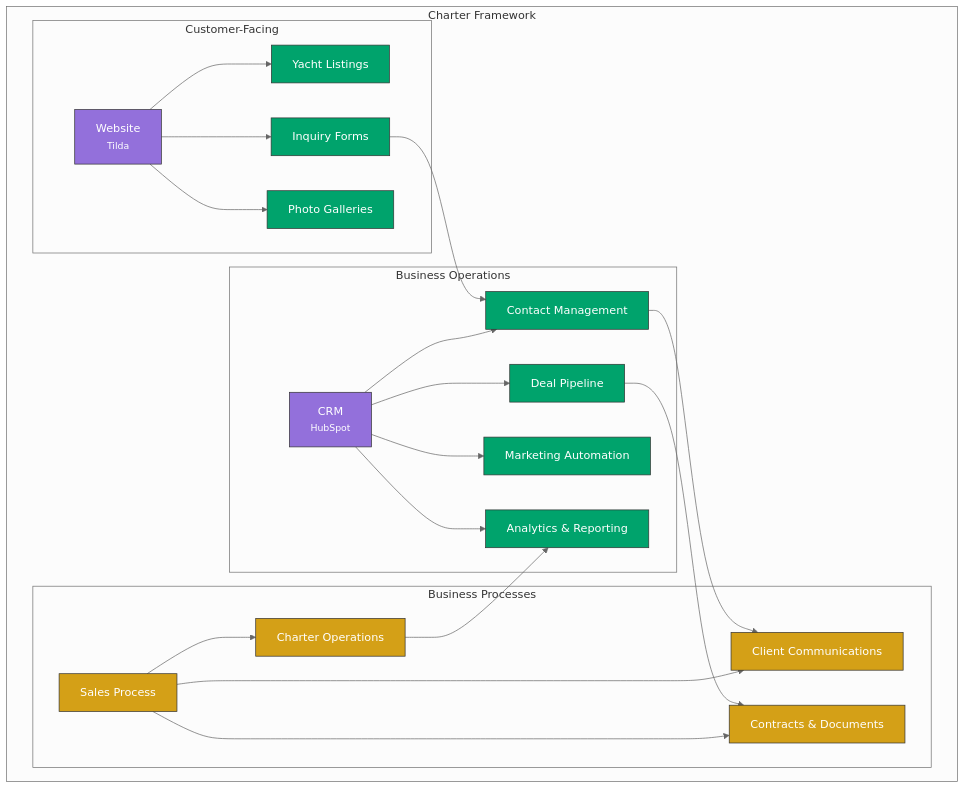
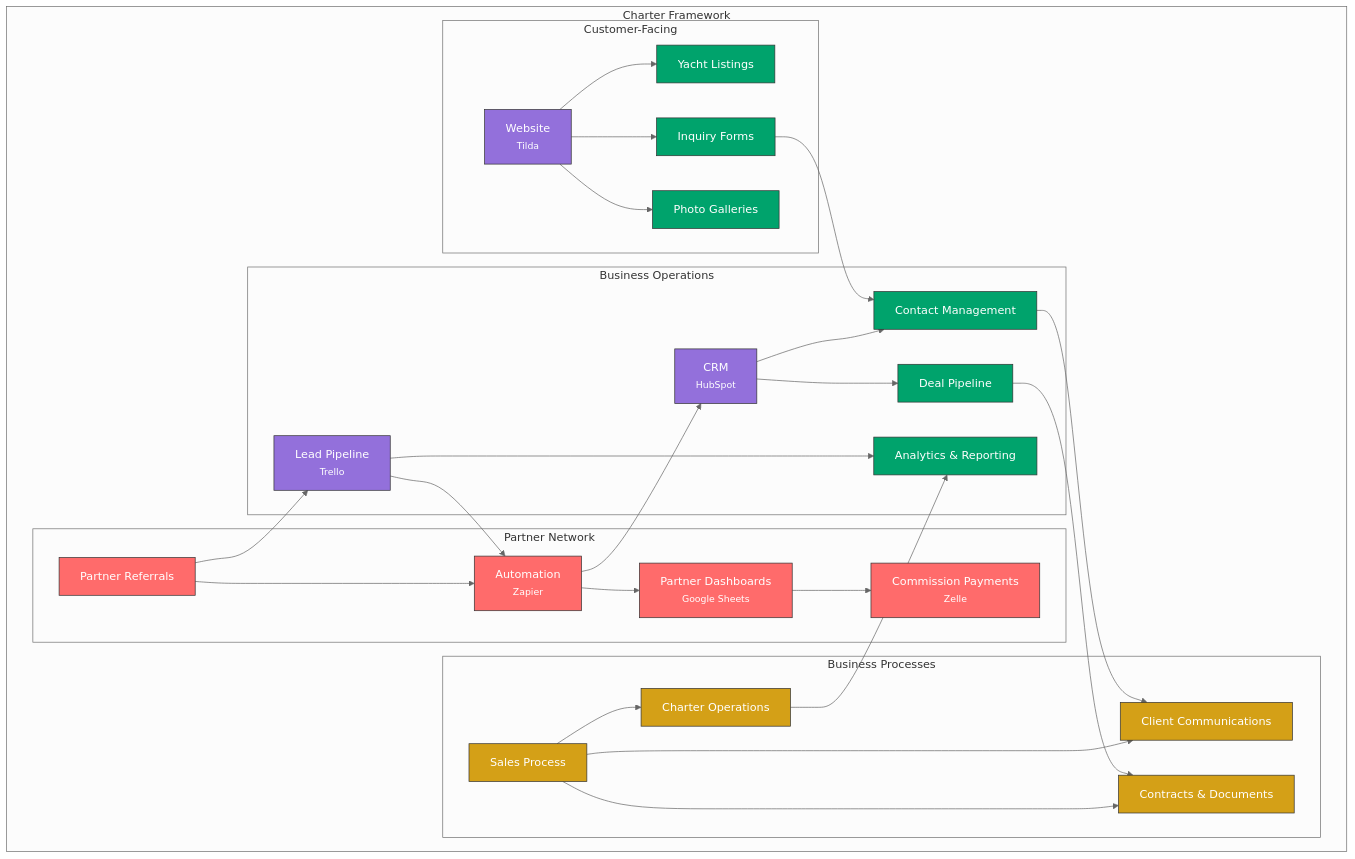
Before and after one commit to szemkoff/azurecharters: the first of 8 diagrams in docs/framework-overview.md, drawn with Mermaid. The commit also changed other lines of this file and 8 other files, not shown here.

````diff
--- a/docs/framework-overview.md
+++ b/docs/framework-overview.md
@@ -15,55 +15,70 @@
 ```mermaid
 %%{init: {'theme': 'neutral'}}%%
 flowchart TB
     subgraph "Charter Framework"
     
         subgraph "Customer-Facing"
             Website["Website<br/><small>Tilda</small>"]
             YachtListings["Yacht Listings"]
             InquiryForms["Inquiry Forms"]
             Galleries["Photo Galleries"]
             
             Website --> YachtListings
             Website --> InquiryForms
             Website --> Galleries
         end
         
+        subgraph "Partner Network"
+            Referrals["Partner Referrals"]
+            PartnerDashboards["Partner Dashboards<br/><small>Google Sheets</small>"]
+            Automation2["Automation<br/><small>Zapier</small>"]
+            Payments["Commission Payments<br/><small>Zelle</small>"]
+            
+            Referrals --> Automation2
+            Automation2 --> PartnerDashboards
+            PartnerDashboards --> Payments
+        end
+        
         subgraph "Business Operations"
             CRM["CRM<br/><small>HubSpot</small>"]
+            LeadPipeline["Lead Pipeline<br/><small>Trello</small>"]
             Contacts["Contact Management"]
             Deals["Deal Pipeline"]
-            Automation["Marketing Automation"]
             Analytics["Analytics & Reporting"]
             
             CRM --> Contacts
             CRM --> Deals
-            CRM --> Automation
-            CRM --> Analytics
+            LeadPipeline --> Automation2
+            LeadPipeline --> Analytics
         end
         
         subgraph "Business Processes"
             SalesProcess["Sales Process"]
             CharterOps["Charter Operations"]
             Communications["Client Communications"]
             Contracts["Contracts & Documents"]
             
             SalesProcess --> CharterOps
             SalesProcess --> Communications
             SalesProcess --> Contracts
         end
         
         InquiryForms --> Contacts
+        Referrals --> LeadPipeline
         Contacts --> Communications
         Deals --> Contracts
         CharterOps --> Analytics
+        Automation2 --> CRM
     end
     
     classDef primary fill:#007FFF,color:#ffffff,stroke:#333,stroke-width:1px;
     classDef secondary fill:#00A36C,color:#ffffff,stroke:#333,stroke-width:1px;
     classDef tertiary fill:#D4A017,color:#ffffff,stroke:#333,stroke-width:1px;
     classDef platform fill:#9370DB,color:#ffffff,stroke:#333,stroke-width:1px;
+    classDef partner fill:#FF6B6B,color:#ffffff,stroke:#333,stroke-width:1px;
     
-    class Website,CRM platform;
-    class YachtListings,InquiryForms,Galleries,Contacts,Deals,Automation,Analytics secondary;
+    class Website,CRM,LeadPipeline platform;
+    class YachtListings,InquiryForms,Galleries,Contacts,Deals,Analytics secondary;
     class SalesProcess,CharterOps,Communications,Contracts tertiary;
+    class Referrals,PartnerDashboards,Automation2,Payments partner;
 ```
````
